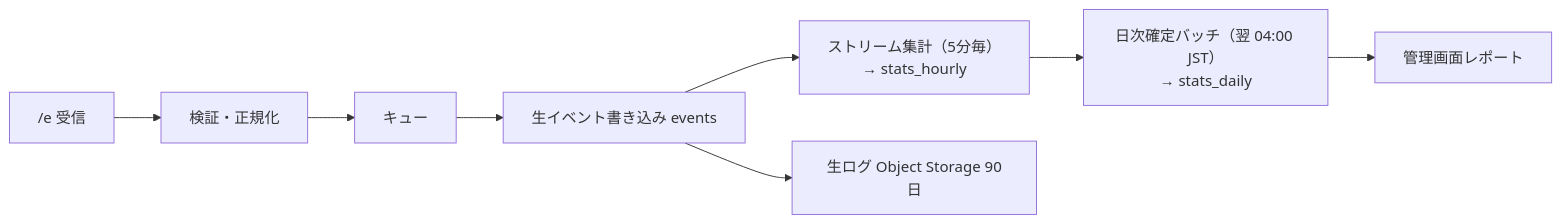
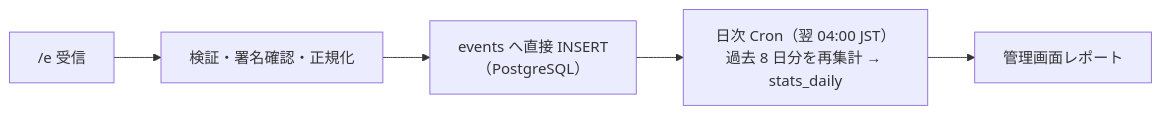
The second of 2 diagrams in docs/07-measurement.md (t-kamiya-lgtm/popup), drawn with Mermaid before and after one commit. The commit also changed other lines of this file and 10 other files, not shown here.

````diff
--- a/docs/07-measurement.md
+++ b/docs/07-measurement.md
@@ -74,10 +105,7 @@
 ```mermaid
 flowchart LR
-  A["/e 受信"] --> B[検証・正規化]
-  B --> C[キュー]
-  C --> D[生イベント書き込み events]
-  D --> E["ストリーム集計（5分毎）<br/>→ stats_hourly"]
-  E --> F["日次確定バッチ（翌 04:00 JST）<br/>→ stats_daily"]
+  A["/e 受信"] --> B[検証・署名確認・正規化]
+  B --> D["events へ直接 INSERT<br/>（PostgreSQL）"]
+  D --> F["日次 Cron（翌 04:00 JST）<br/>過去 8 日分を再集計 → stats_daily"]
   F --> G[管理画面レポート]
-  D --> H[生ログ Object Storage 90日]
 ```
````
